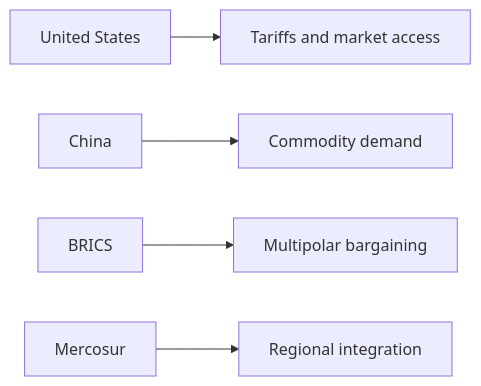
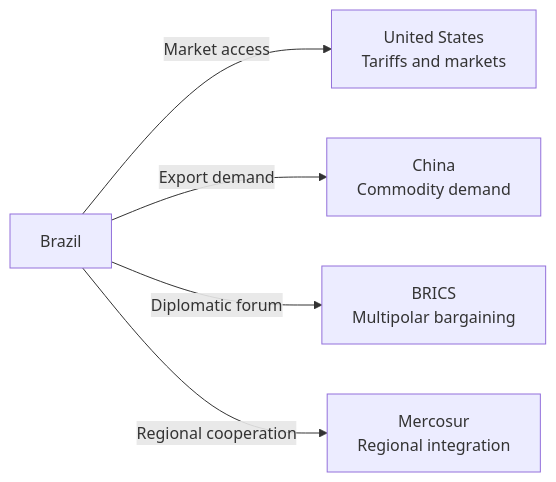
Before and after one commit to daylight55/research: the fourth of 4 diagrams in articles/report/brazil-geopolitical-profile/en/index.mdx, drawn with Mermaid. The commit also changed other lines of this file and 181 other files, not shown here.

First line of the commit message:
全記事の図解368点を再生成し、共通注意書きを削除 (#402)

````diff
--- a/articles/report/brazil-geopolitical-profile/en/index.mdx
+++ b/articles/report/brazil-geopolitical-profile/en/index.mdx
@@ -129,7 +147,14 @@
 ```mermaid
 flowchart LR
-  A["United States"] --> B["Tariffs and market access"]
-  C["China"] --> D["Commodity demand"]
-  E["BRICS"] --> F["Multipolar bargaining"]
-  G["Mercosur"] --> H["Regional integration"]
+  accTitle: Four negotiating arenas in Brazilian diplomacy
+  accDescr: US markets, Chinese commodity demand, BRICS and Mercosur involve distinct partners and interests.
+  N0["Brazil"]
+  N1["United States<br/>Tariffs and markets"]
+  N2["China<br/>Commodity demand"]
+  N3["BRICS<br/>Multipolar bargaining"]
+  N4["Mercosur<br/>Regional integration"]
+  N0 -->|Market access| N1
+  N0 -->|Export demand| N2
+  N0 -->|Diplomatic forum| N3
+  N0 -->|Regional cooperation| N4
 ```
````
